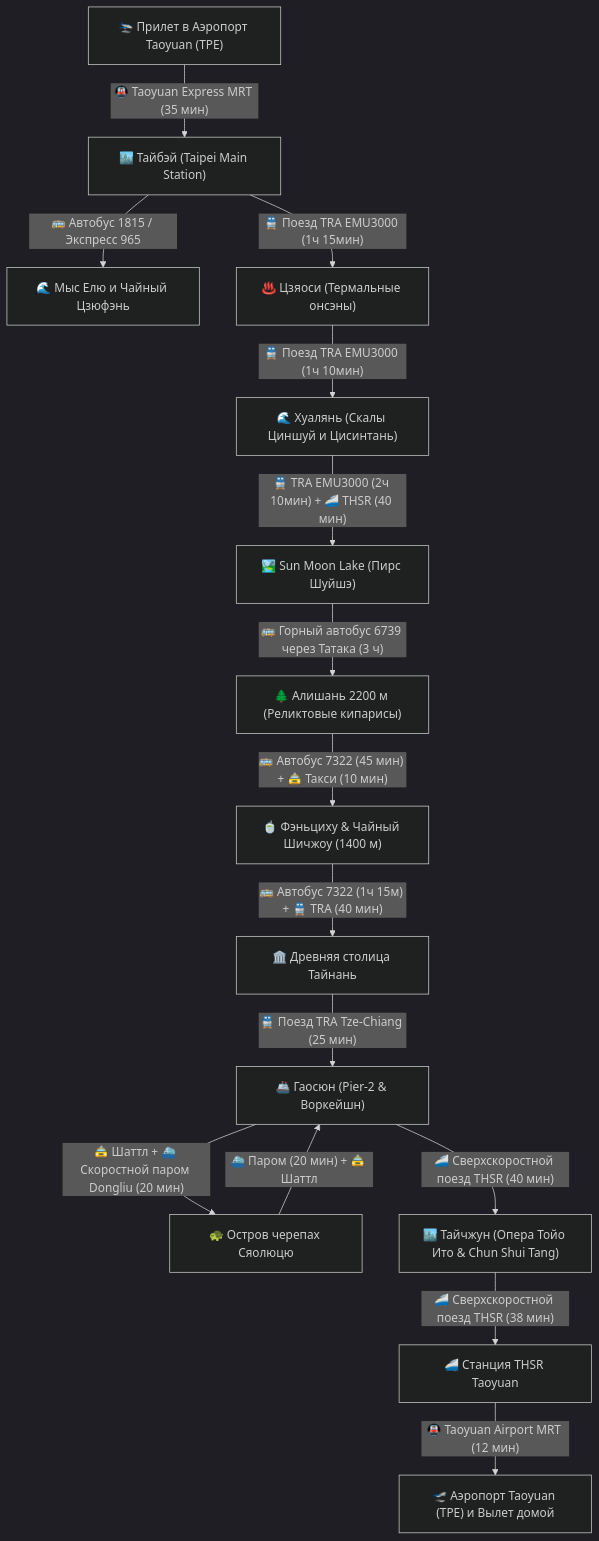
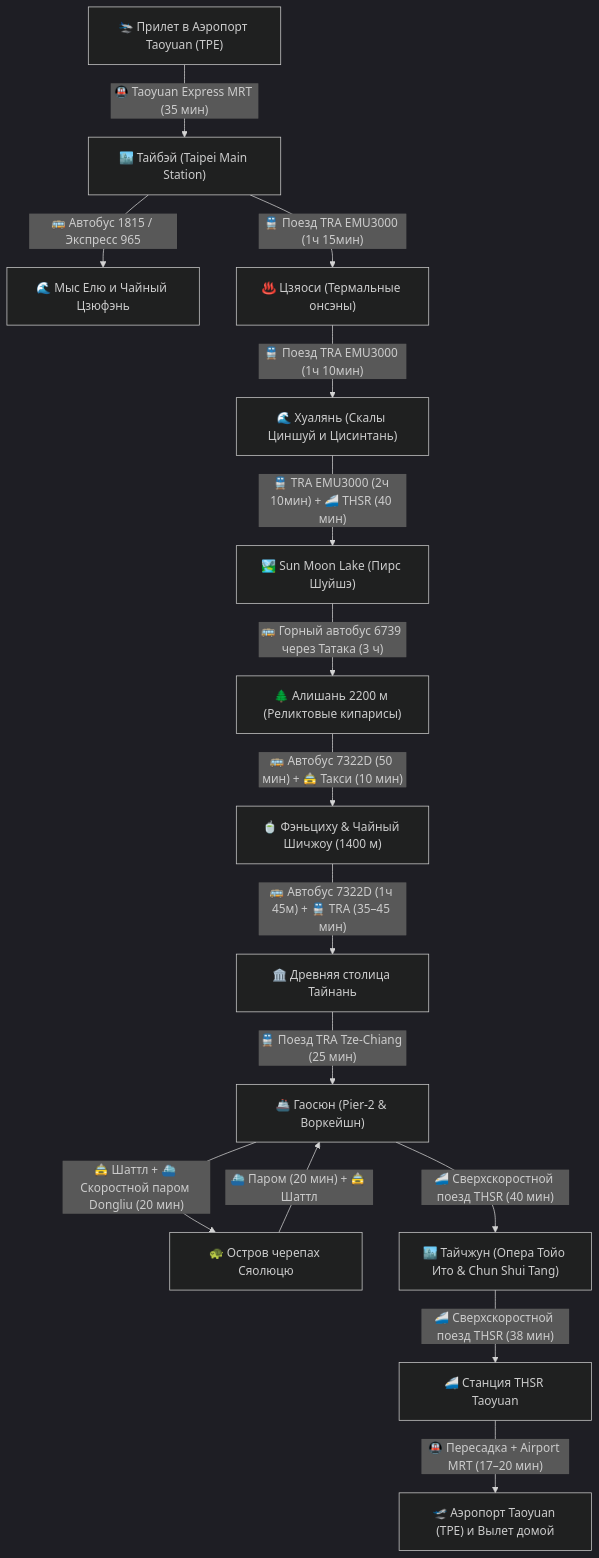
Before and after one commit to injurka/obsidian-mark: the diagram in Personal Note/Travel/-- Taiwan/03 - Бронирования/Транспорт.md, drawn with Mermaid (dark theme). The commit also changed other lines of this file and 115 other files, not shown here.

````diff
--- a/Personal Note/Travel/-- Taiwan/03 - Бронирования/Транспорт.md
+++ b/Personal Note/Travel/-- Taiwan/03 - Бронирования/Транспорт.md
@@ -9,16 +9,16 @@
 ```mermaid
 flowchart TD
     A["🛬 Прилет в Аэропорт Taoyuan (TPE)"] -->|"🚇 Taoyuan Express MRT (35 мин)"| B["🏙️ Тайбэй (Taipei Main Station)"]
     B -->|"🚌 Автобус 1815 / Экспресс 965"| C["🌊 Мыс Елю и Чайный Цзюфэнь"]
     B -->|"🚆 Поезд TRA EMU3000 (1ч 15мин)"| D["♨️ Цзяоси (Термальные онсэны)"]
     D -->|"🚆 Поезд TRA EMU3000 (1ч 10мин)"| E["🌊 Хуалянь (Скалы Циншуй и Цисинтань)"]
     E -->|"🚆 TRA EMU3000 (2ч 10мин) + 🚄 THSR (40 мин)"| SML["🏞️ Sun Moon Lake (Пирс Шуйшэ)"] -->|"🚌 Горный автобус 6739 через Татака (3 ч)"| G["🌲 Алишань 2200 м (Реликтовые кипарисы)"]
-    G -->|"🚌 Автобус 7322 (45 мин) + 🚖 Такси (10 мин)"| F["🍵 Фэньциху & Чайный Шичжоу (1400 м)"]
-    F -->|"🚌 Автобус 7322 (1ч 15м) + 🚆 TRA (40 мин)"| H["🏛️ Древняя столица Тайнань"]
+    G -->|"🚌 Автобус 7322D (50 мин) + 🚖 Такси (10 мин)"| F["🍵 Фэньциху & Чайный Шичжоу (1400 м)"]
+    F -->|"🚌 Автобус 7322D (1ч 45м) + 🚆 TRA (35–45 мин)"| H["🏛️ Древняя столица Тайнань"]
     H -->|"🚆 Поезд TRA Tze-Chiang (25 мин)"| I["🚢 Гаосюн (Pier-2 & Воркейшн)"]
     I -->|"🚖 Шаттл + ⛴️ Скоростной паром Dongliu (20 мин)"| J["🐢 Остров черепах Сяолюцю"]
     J -->|"⛴️ Паром (20 мин) + 🚖 Шаттл"| I
     I -->|"🚄 Сверхскоростной поезд THSR (40 мин)"| K["🏙️ Тайчжун (Опера Тойо Ито & Chun Shui Tang)"]
     K -->|"🚄 Сверхскоростной поезд THSR (38 мин)"| L["🚄 Станция THSR Taoyuan"]
-    L -->|"🚇 Taoyuan Airport MRT (12 мин)"| M["🛫 Аэропорт Taoyuan (TPE) и Вылет домой"]
+    L -->|"🚇 Пересадка + Airport MRT (17–20 мин)"| M["🛫 Аэропорт Taoyuan (TPE) и Вылет домой"]
 ```
````
